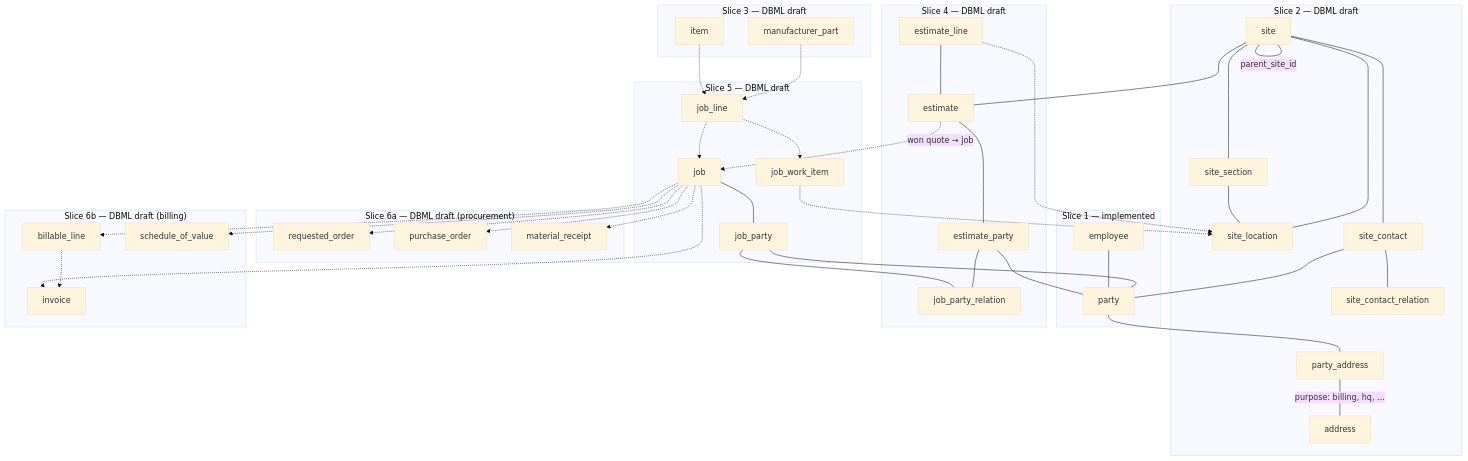
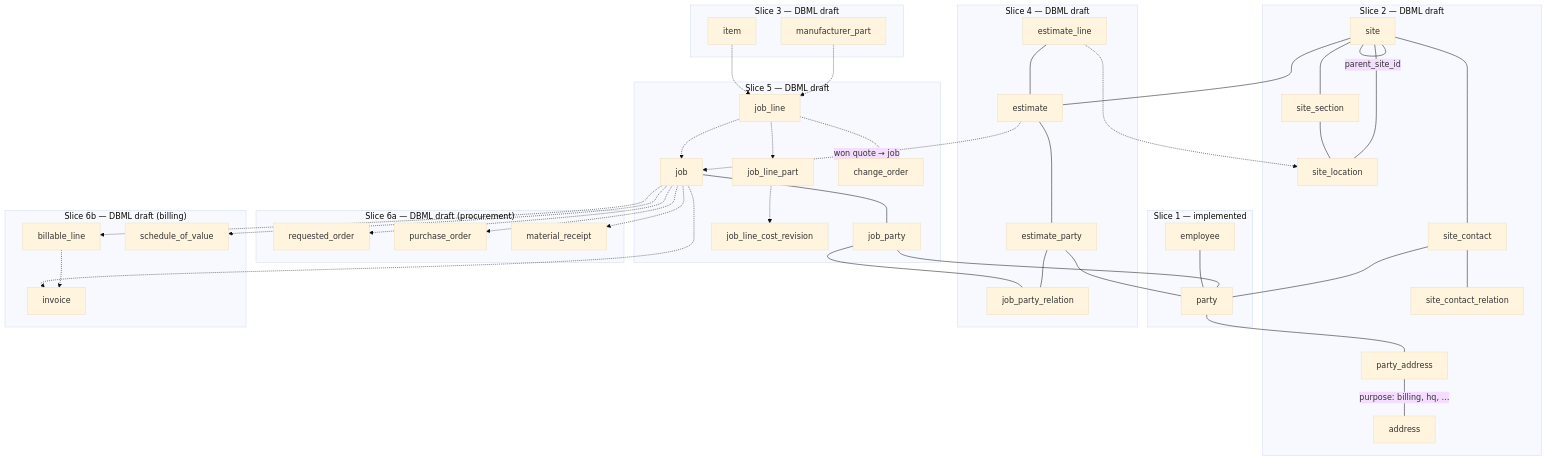
The second of 2 diagrams in apps/subhub/docs/architecture.md (rebischoff/latch), drawn with Mermaid (base theme) before and after one commit. The commit also changed other lines of this file and 89 other files, not shown here.

```diff
--- a/apps/subhub/docs/architecture.md
+++ b/apps/subhub/docs/architecture.md
@@ -149,7 +150,9 @@
     job
     job_party
     job_line
-    jwi["job_work_item"]
+    jlp["job_line_part"]
+    jlcr["job_line_cost_revision"]
+    co["change_order"]
   end
 
   subgraph slice6a["Slice 6a — DBML draft (procurement)"]
@@ -184,8 +187,9 @@
   job --- job_party
   job_party --- jpr
   job_party --- party
-  job_line -.-> jwi
-  jwi -.-> site_location
+  job_line -.-> jlp
+  jlp -.-> jlcr
+  job_line -.-> co
   part -.-> job_line
   item -.-> job_line
   job_line -.-> job
```
